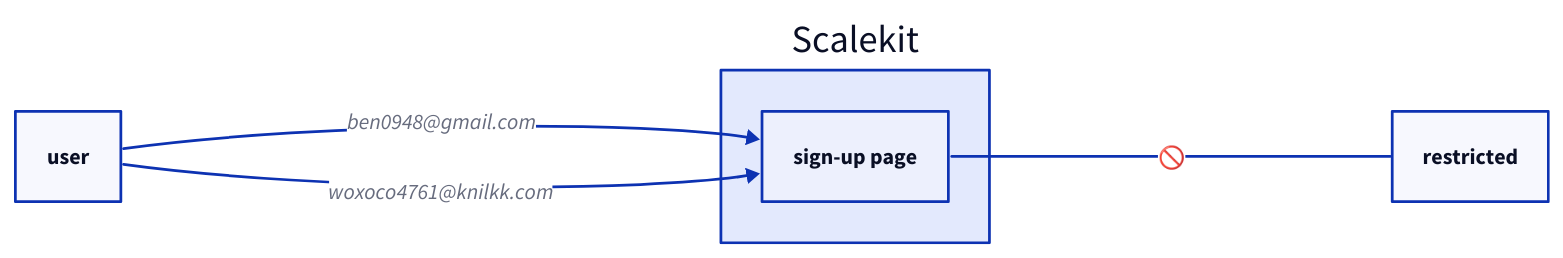
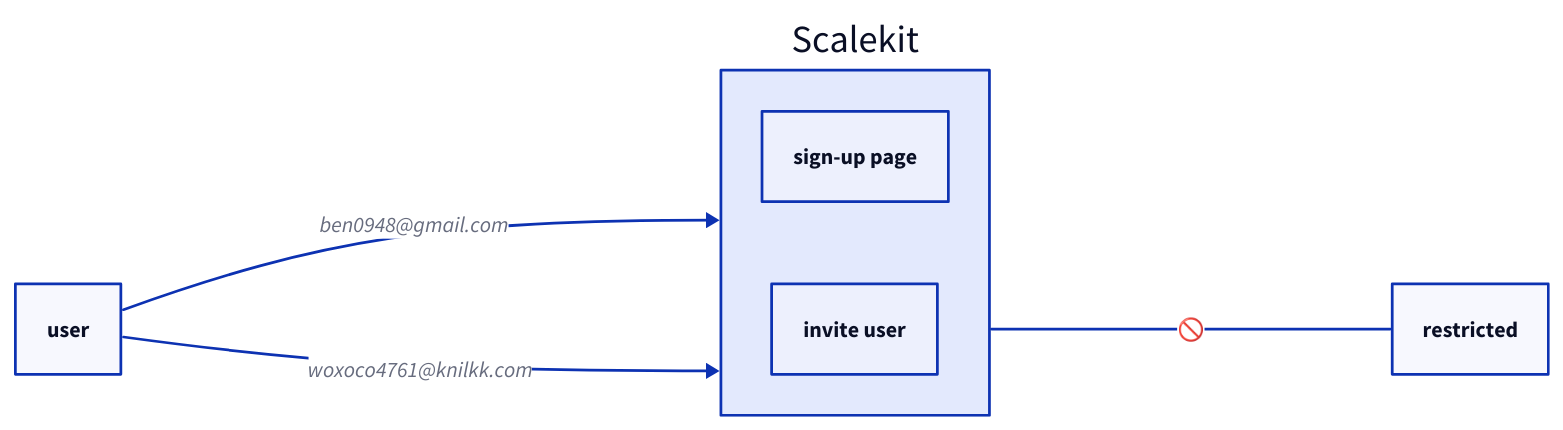
Before and after one commit to scalekit-inc/developer-docs: the diagram in src/content/docs/fsa/guides/signup-restrictions.mdx, drawn with D2. The commit also changed 1 other file, not shown here.

Commit message:
append invite user

````diff
--- a/src/content/docs/fsa/guides/signup-restrictions.mdx
+++ b/src/content/docs/fsa/guides/signup-restrictions.mdx
@@ -28,10 +28,11 @@
 ```d2
 direction: right;
 
 user
 Scalekit.sign-up page
+Scalekit.invite user
 
-user -> Scalekit.sign-up page: "ben0948@gmail.com"
-user -> Scalekit.sign-up page: "woxoco4761@knilkk.com"
-Scalekit.sign-up page -- restricted: "🚫"
+user -> Scalekit: "ben0948@gmail.com"
+user -> Scalekit: "woxoco4761@knilkk.com"
+Scalekit -- restricted: "🚫"
 ```
````
